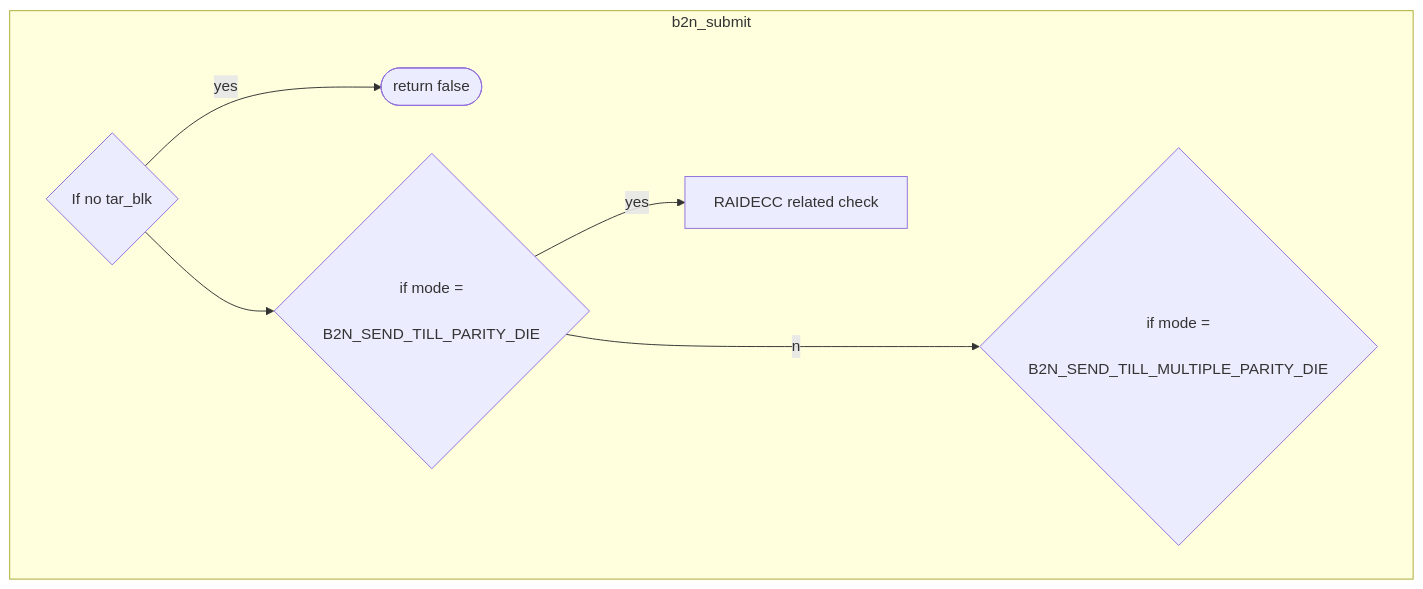
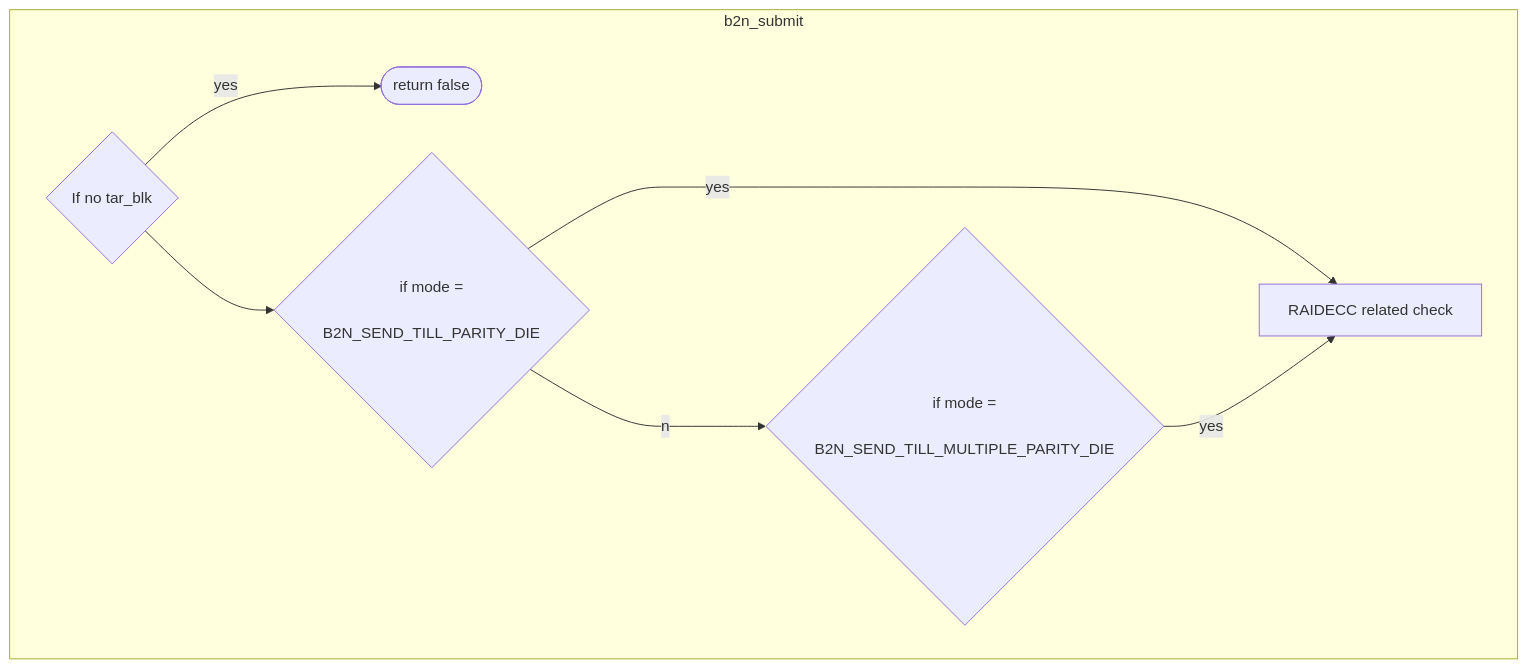
One commit to jenny112646/iodraw-files changed the diagram in all/未命名-2.md. Above: the diagram before and after it, drawn with Mermaid.

Commit message:
2024-06-07 10:52:06 update

````diff
--- a/all/未命名-2.md
+++ b/all/未命名-2.md
@@ -1,12 +1,12 @@
 ```mermaid
 flowchart TD
 subgraph b2n_submit
     c1{"If no tar_blk"} --yes--> c2([return false])
     c1 --> c3{"if mode =
     B2N_SEND_TILL_PARITY_DIE"}
     c3 --yes--> c4["RAIDECC related check"]
     c3 --no--> c5{"if mode =
     B2N_SEND_TILL_MULTIPLE_PARITY_DIE"}
-    
+    c5 --yes--> c4["RAIDECC related check"]
 end
 ```
````
